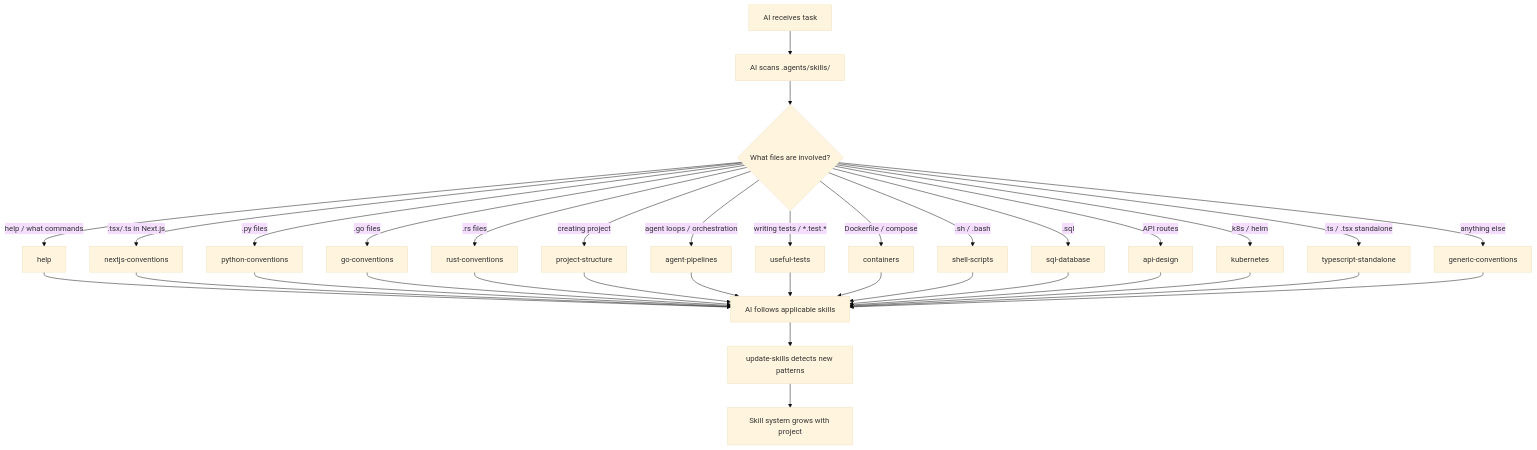
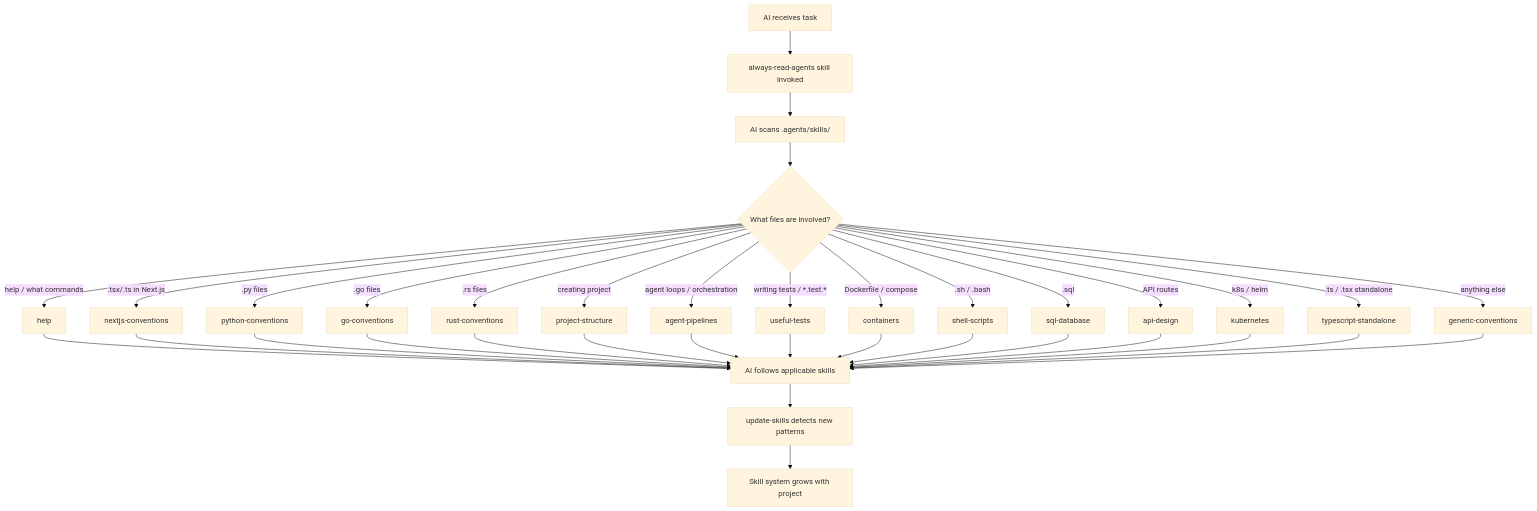
Before and after one commit to jtmb/ingenium: the second of 2 diagrams in README.md, drawn with Mermaid (base theme). The commit also changed other lines of this file and 12 other files, not shown here.

````diff
--- a/README.md
+++ b/README.md
@@ -134,37 +134,38 @@
 ```mermaid
 graph TD
-    A[AI receives task] --> C[AI scans .agents/skills/]
+    A[AI receives task] --> B[always-read-agents skill invoked]
+    B --> C[AI scans .agents/skills/]
     C --> D{What files are involved?}
     D -->|.tsx/.ts in Next.js| E[nextjs-conventions]
     D -->|.py files| F[python-conventions]
     D -->|.go files| G[go-conventions]
     D -->|.rs files| H[rust-conventions]
     D -->|creating project| P[project-structure]
     D -->|agent loops / orchestration| AP[agent-pipelines]
     D -->|writing tests / *.test.*| UT[useful-tests]
     D -->|help / what commands| HL[help]
     HL --> J
     D -->|Dockerfile / compose| X1[containers]
     D -->|.sh / .bash| X2[shell-scripts]
     D -->|.sql| X3[sql-database]
     D -->|API routes| X4[api-design]
     D -->|k8s / helm| X5[kubernetes]
     D -->|.ts / .tsx standalone| X6[typescript-standalone]
     D -->|anything else| I[generic-conventions]
     E --> J[AI follows applicable skills]
     F --> J
     G --> J
     H --> J
     P --> J
     AP --> J
     UT --> J
     X1 --> J
     X2 --> J
     X3 --> J
     X4 --> J
     X5 --> J
     X6 --> J
     I --> J
     J --> K[update-skills detects new patterns]
     K --> L[Skill system grows with project]
 ```
````
